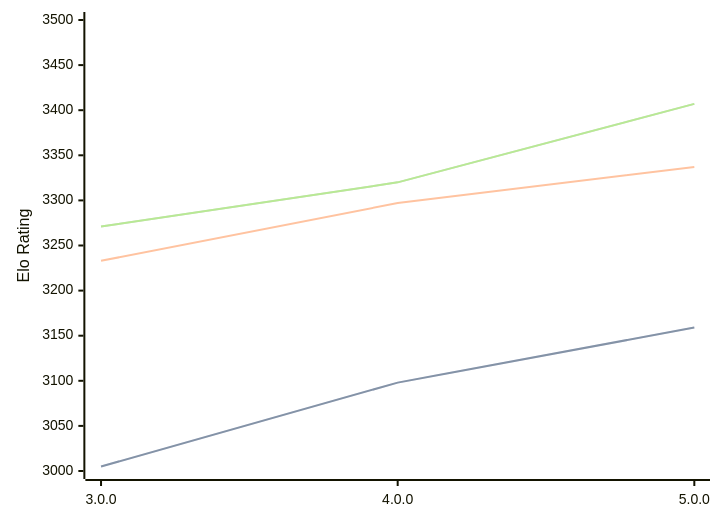
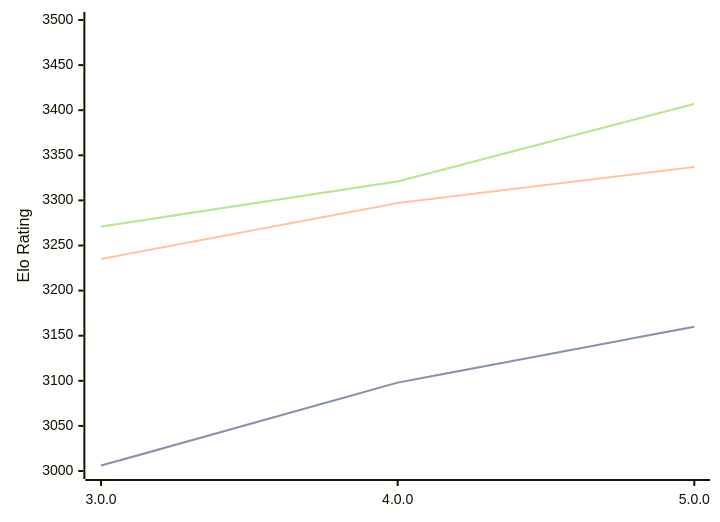
One commit to computer-chess-index/cci changed the diagram in engines/Minke.md. Above: the diagram before and after it, drawn with Mermaid. The commit also changed other lines of this file, not shown here.

Commit message:
Update CCI Ratings (ELO VLTC) - 2026-04-01

````diff
--- a/engines/Minke.md
+++ b/engines/Minke.md
@@ -35,11 +35,11 @@
 ```mermaid
 %%{init: {"theme":"base","themeVariables":{"seriesColors:['#a3a3a3','#222221','#faa371']}}}%%
 xychart-beta
   x-axis ["3.0.0", "4.0.0", "5.0.0"]
   y-axis "Elo Rating" 3000 --> 3500
-  line "STC (8.0+0.08s)" [3005, 3098, 3159]
-  line "STC (8.0+0.08s)" [3005, 3098, 3159]
-  line "LTC (60.0+0.60s)" [3233, 3297, 3337]
-  line "VLTC (2m24s+1.12s)" [3271, 3320, 3407]
-  line "VLTC (2m24s+1.12s)" [3271, 3320, 3407]
+  line "STC (8.0+0.08s)" [3006, 3098, 3160]
+  line "STC (8.0+0.08s)" [3006, 3098, 3160]
+  line "LTC (60.0+0.60s)" [3235, 3297, 3337]
+  line "VLTC (2m24s+1.12s)" [3271, 3321, 3407]
+  line "VLTC (2m24s+1.12s)" [3271, 3321, 3407]
 ```
````
